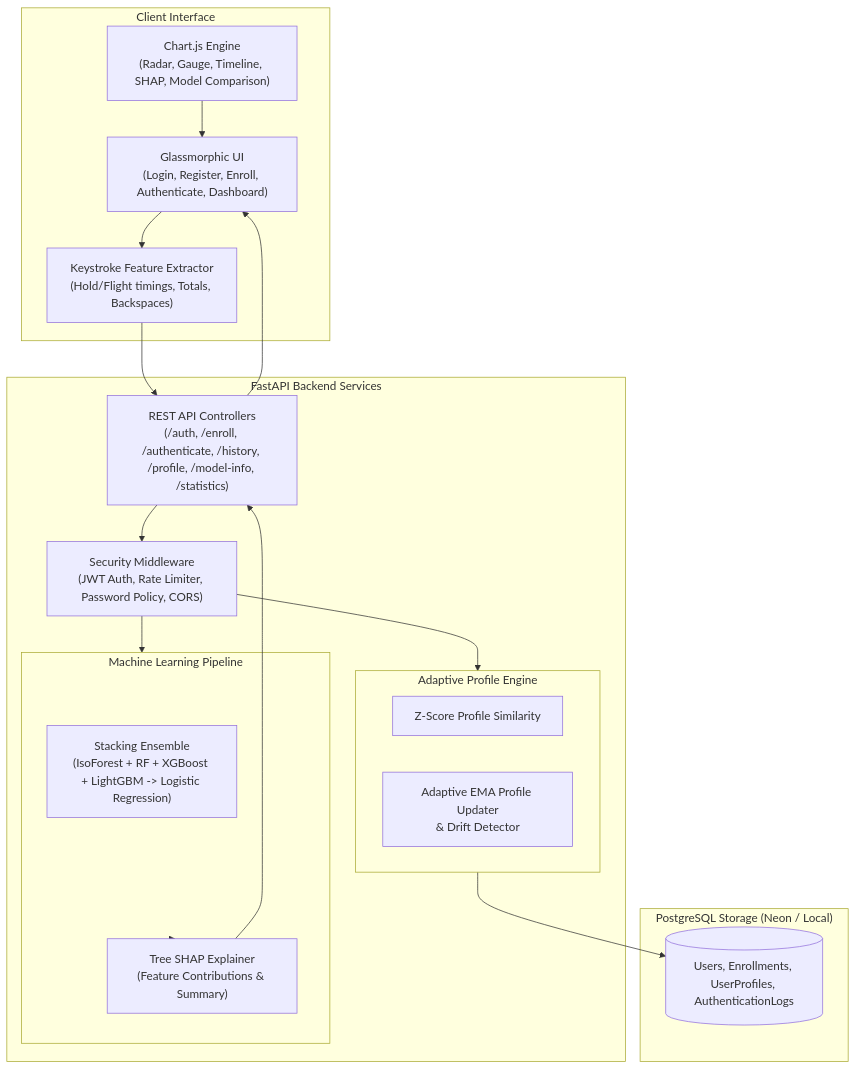
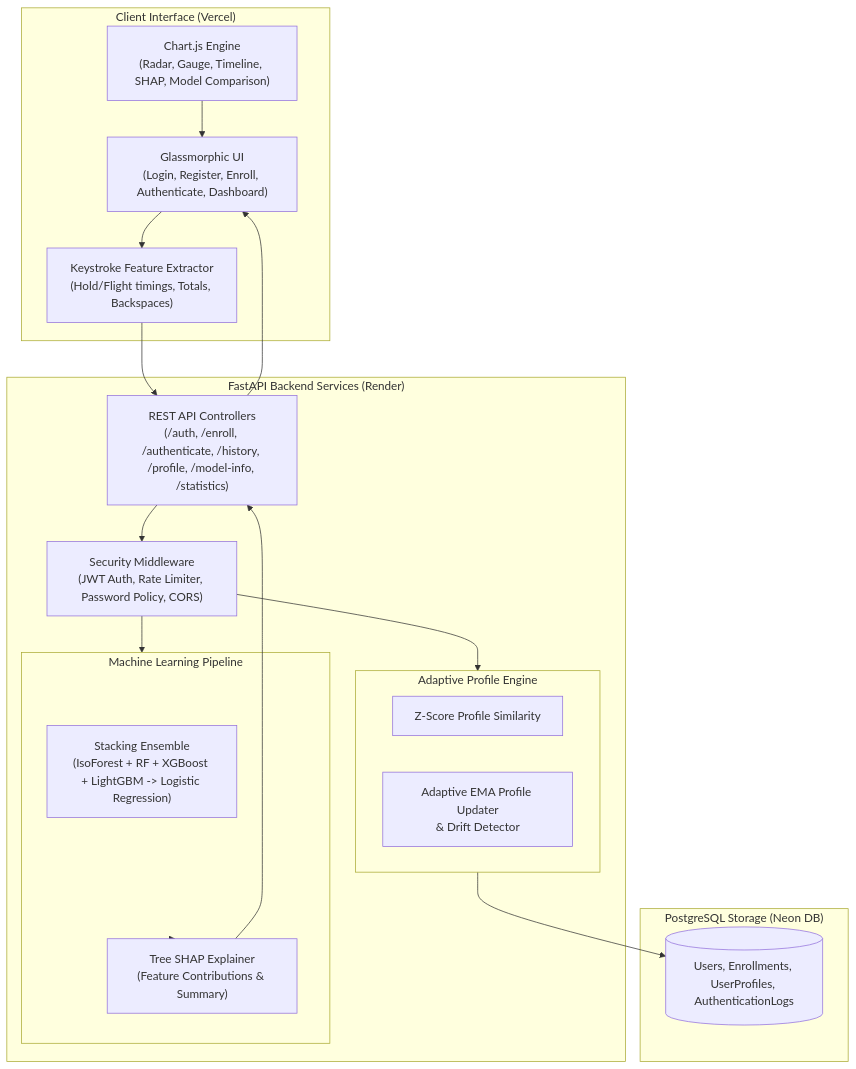
The diagram in README.md (gyana10/KeyShield-AI), drawn with Mermaid before and after one commit. The commit also changed other lines of this file, not shown here.

````diff
--- a/README.md
+++ b/README.md
@@ -31,38 +43,38 @@
 ```mermaid
 flowchart TD
-    subgraph Client["Client Interface"]
+    subgraph Client["Client Interface (Vercel)"]
         UI["Glassmorphic UI\n(Login, Register, Enroll, Authenticate, Dashboard)"]
         FE["Keystroke Feature Extractor\n(Hold/Flight timings, Totals, Backspaces)"]
         Charts["Chart.js Engine\n(Radar, Gauge, Timeline, SHAP, Model Comparison)"]
     end
 
-    subgraph Backend["FastAPI Backend Services"]
+    subgraph Backend["FastAPI Backend Services (Render)"]
         Router["REST API Controllers\n(/auth, /enroll, /authenticate, /history, /profile, /model-info, /statistics)"]
         Security["Security Middleware\n(JWT Auth, Rate Limiter, Password Policy, CORS)"]
 
         subgraph ML["Machine Learning Pipeline"]
             SE["Stacking Ensemble\n(IsoForest + RF + XGBoost + LightGBM -> Logistic Regression)"]
             SHAP["Tree SHAP Explainer\n(Feature Contributions & Summary)"]
         end
 
         subgraph ProfileEngine["Adaptive Profile Engine"]
             SimEngine["Z-Score Profile Similarity"]
             Updater["Adaptive EMA Profile Updater\n& Drift Detector"]
         end
     end
 
-    subgraph Database["PostgreSQL Storage (Neon / Local)"]
+    subgraph Database["PostgreSQL Storage (Neon DB)"]
         DB[(Users, Enrollments, UserProfiles, AuthenticationLogs)]
     end
 
     UI --> FE
     FE --> Router
     Router --> Security
     Security --> ML
     Security --> ProfileEngine
     ProfileEngine --> DB
     ML --> SHAP
     SHAP --> Router
     Router --> UI
     Charts --> UI
 ```
````
